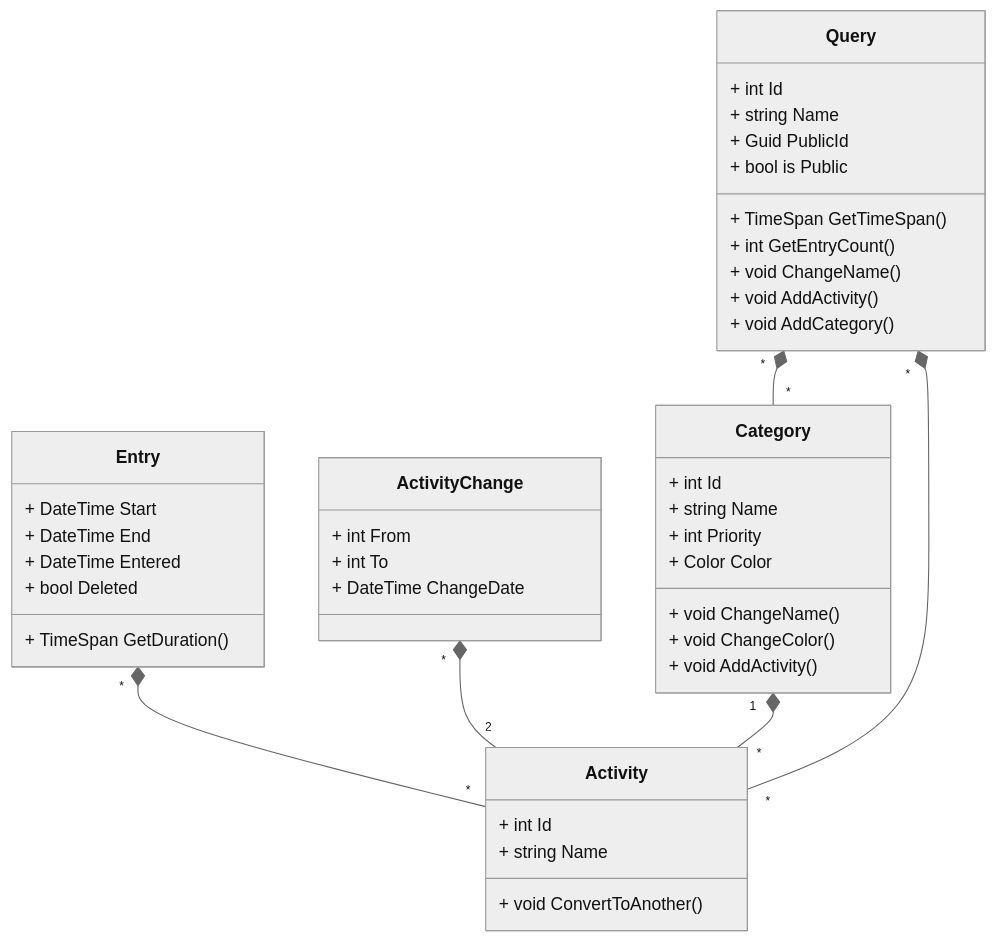
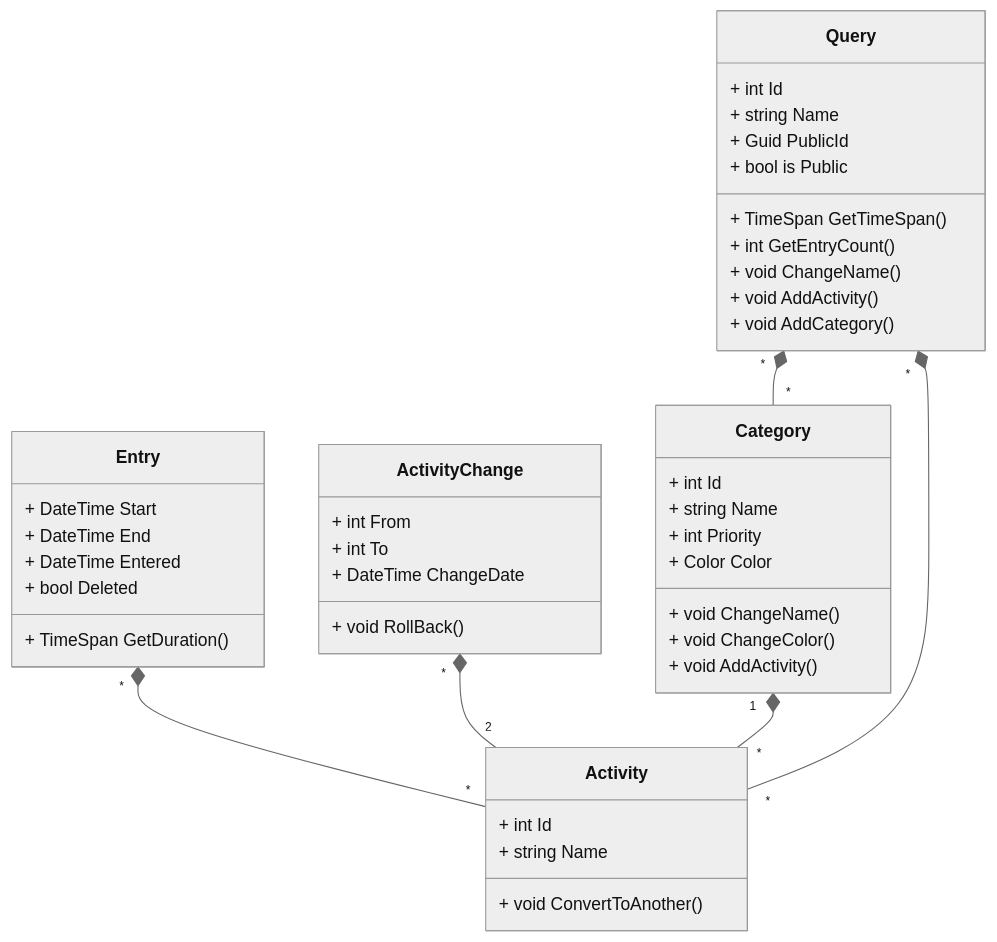
The first of 5 diagrams in Documentation/Design Analysis/Problem Domain Analysis.md (theodor349/WeeklyReview), drawn with Mermaid (neutral theme) before and after one commit.

Commit message:
Added Rollback to ActivityChange

````diff
--- a/Documentation/Design Analysis/Problem Domain Analysis.md
+++ b/Documentation/Design Analysis/Problem Domain Analysis.md
@@ -109,46 +109,47 @@
 ```mermaid
 classDiagram
   Entry "*" *-- "*" Activity 
   ActivityChange "*" *-- "2" Activity 
   Category "1" *-- "*" Activity
   Query "*" *-- "*" Activity
   Query "*" *-- "*" Category
 
   class Entry {
     + DateTime Start
     + DateTime End
     + DateTime Entered
     + bool Deleted
     + TimeSpan GetDuration()
   }
   class Activity {
     + int Id
     + string Name
     + void ConvertToAnother()
   }
   class ActivityChange{
     + int From
     + int To
     + DateTime ChangeDate
+    + void RollBack()
   }
   class Category {
     + int Id
     + string Name
     + int Priority
     + Color Color
     + void ChangeName()
     + void ChangeColor()
     + void AddActivity()
   }
   class Query {
     + int Id
     + string Name
     + Guid PublicId
     + bool is Public
     + TimeSpan GetTimeSpan()
     + int GetEntryCount()
     + void ChangeName()
     + void AddActivity()
     + void AddCategory()
   }
 ```
````
